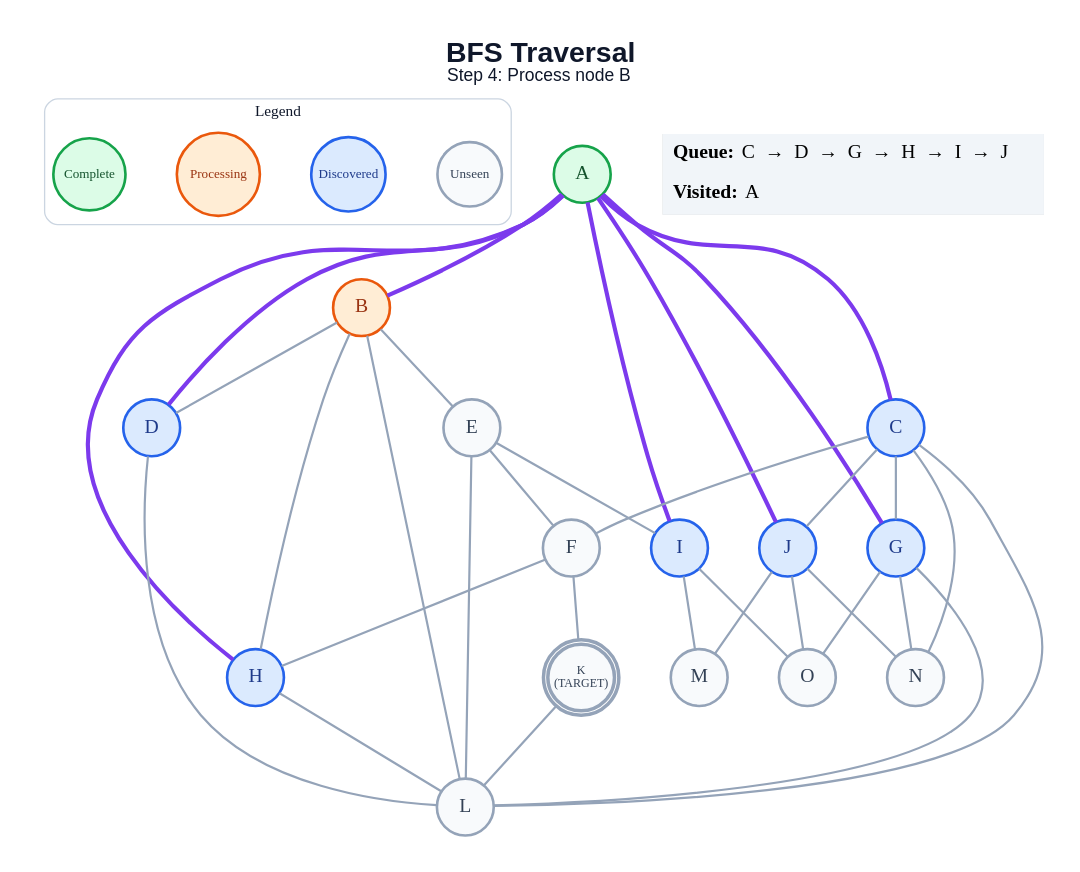
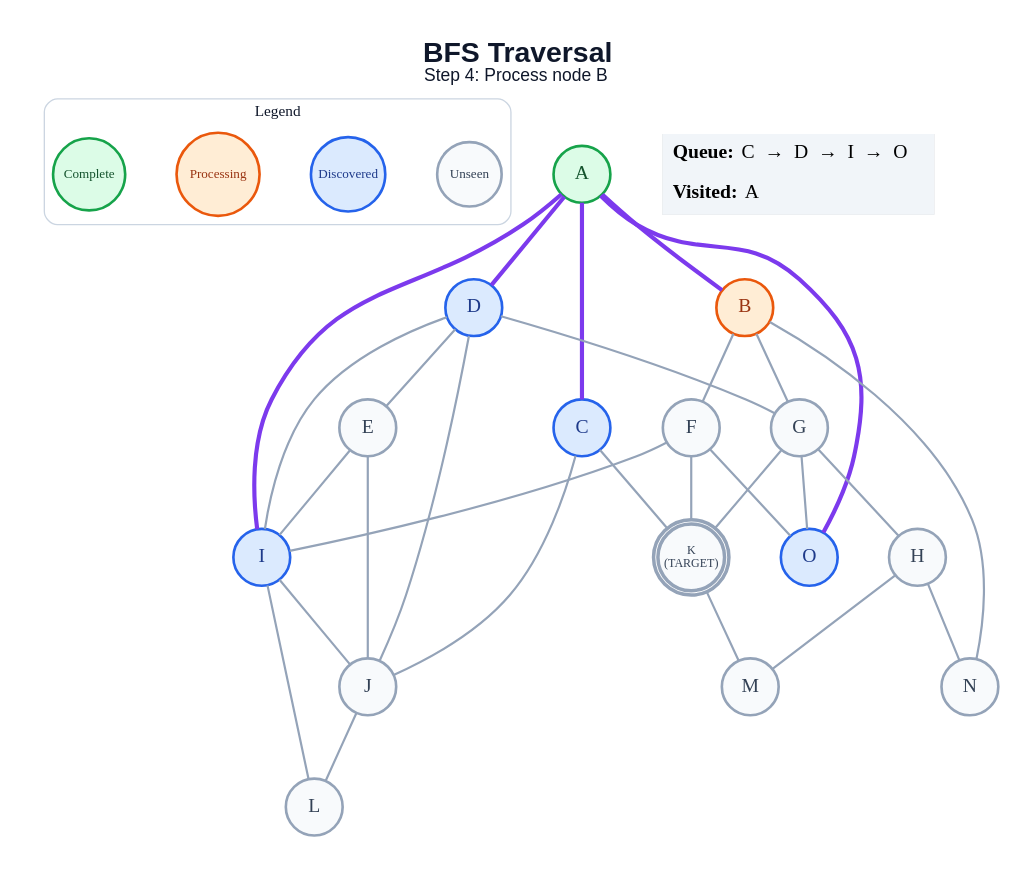
Before and after one commit to anon7238593-create/ai-slop: the diagram in generated/short-circuit/bfs/step_04.dot, drawn with Graphviz. The commit also changed 257 other files, not shown here.

```diff
--- a/generated/short-circuit/bfs/step_04.dot
+++ b/generated/short-circuit/bfs/step_04.dot
@@ -1,66 +1,62 @@
 graph traversal {
   graph [layout=dot, rankdir=TB, bgcolor="#FFFFFF", pad="0.35", nodesep="0.65", ranksep="0.8", fontname="Arial"];
   node [shape=circle, style="filled", fontname="Arial Bold", fontsize=18, width=0.72, fixedsize=true, penwidth=2.4];
   edge [color="#94A3B8", penwidth=2.0];
   label=<<B>BFS Traversal</B><BR/><FONT POINT-SIZE="16">Step 4: Process node B</FONT>>; labelloc="t"; fontsize=26; fontname="Arial"; fontcolor="#0F172A";
   subgraph cluster_legend { label="Legend"; color="#CBD5E1"; penwidth=1.2; style="rounded"; fontsize=14; fontname="Arial Bold";
     key_unseen [label="Unseen", fillcolor="#F8FAFC", color="#94A3B8", fontcolor="#334155", fontsize=12, width=0.82];
     key_frontier [label="Discovered", fillcolor="#DBEAFE", color="#2563EB", fontcolor="#1E3A8A", fontsize=12, width=0.95];
     key_current [label="Processing", fillcolor="#FFEDD5", color="#EA580C", fontcolor="#9A3412", fontsize=12, width=1.05];
     key_done [label="Complete", fillcolor="#DCFCE7", color="#16A34A", fontcolor="#14532D", fontsize=12, width=0.92];
     { rank=same; key_unseen; key_frontier; key_current; key_done; }
   }
   A [label="A", fillcolor="#DCFCE7", color="#16A34A", fontcolor="#14532D", peripheries=1, penwidth=2.4];
   B [label="B", fillcolor="#FFEDD5", color="#EA580C", fontcolor="#9A3412", peripheries=1, penwidth=2.4];
   C [label="C", fillcolor="#DBEAFE", color="#2563EB", fontcolor="#1E3A8A", peripheries=1, penwidth=2.4];
   D [label="D", fillcolor="#DBEAFE", color="#2563EB", fontcolor="#1E3A8A", peripheries=1, penwidth=2.4];
   E [label="E", fillcolor="#F8FAFC", color="#94A3B8", fontcolor="#334155", peripheries=1, penwidth=2.4];
   F [label="F", fillcolor="#F8FAFC", color="#94A3B8", fontcolor="#334155", peripheries=1, penwidth=2.4];
-  G [label="G", fillcolor="#DBEAFE", color="#2563EB", fontcolor="#1E3A8A", peripheries=1, penwidth=2.4];
-  H [label="H", fillcolor="#DBEAFE", color="#2563EB", fontcolor="#1E3A8A", peripheries=1, penwidth=2.4];
+  G [label="G", fillcolor="#F8FAFC", color="#94A3B8", fontcolor="#334155", peripheries=1, penwidth=2.4];
+  H [label="H", fillcolor="#F8FAFC", color="#94A3B8", fontcolor="#334155", peripheries=1, penwidth=2.4];
   I [label="I", fillcolor="#DBEAFE", color="#2563EB", fontcolor="#1E3A8A", peripheries=1, penwidth=2.4];
-  J [label="J", fillcolor="#DBEAFE", color="#2563EB", fontcolor="#1E3A8A", peripheries=1, penwidth=2.4];
+  J [label="J", fillcolor="#F8FAFC", color="#94A3B8", fontcolor="#334155", peripheries=1, penwidth=2.4];
   K [label="K\n(TARGET)", fillcolor="#F8FAFC", color="#94A3B8", fontcolor="#334155", peripheries=2, penwidth=3.2, fontsize=11, width=0.85, height=0.85];
   L [label="L", fillcolor="#F8FAFC", color="#94A3B8", fontcolor="#334155", peripheries=1, penwidth=2.4];
   M [label="M", fillcolor="#F8FAFC", color="#94A3B8", fontcolor="#334155", peripheries=1, penwidth=2.4];
   N [label="N", fillcolor="#F8FAFC", color="#94A3B8", fontcolor="#334155", peripheries=1, penwidth=2.4];
-  O [label="O", fillcolor="#F8FAFC", color="#94A3B8", fontcolor="#334155", peripheries=1, penwidth=2.4];
+  O [label="O", fillcolor="#DBEAFE", color="#2563EB", fontcolor="#1E3A8A", peripheries=1, penwidth=2.4];
   A -- B [color="#7C3AED", penwidth=3.8];
   A -- C [color="#7C3AED", penwidth=3.8];
   A -- D [color="#7C3AED", penwidth=3.8];
-  A -- G [color="#7C3AED", penwidth=3.8];
-  A -- H [color="#7C3AED", penwidth=3.8];
   A -- I [color="#7C3AED", penwidth=3.8];
-  A -- J [color="#7C3AED", penwidth=3.8];
-  B -- D;
-  B -- E;
-  B -- H;
-  B -- L;
-  C -- F;
-  C -- G;
+  A -- O [color="#7C3AED", penwidth=3.8];
+  B -- F;
+  B -- G;
+  B -- N;
   C -- J;
-  C -- L;
-  C -- N;
-  D -- L;
-  E -- F;
+  C -- K;
+  D -- E;
+  D -- G;
+  D -- I;
+  D -- J;
   E -- I;
-  E -- L;
-  F -- H;
+  E -- J;
+  F -- I;
   F -- K;
-  G -- L;
-  G -- N;
+  F -- O;
+  G -- H;
+  G -- K;
   G -- O;
-  H -- L;
-  I -- M;
-  I -- O;
-  J -- M;
-  J -- N;
-  J -- O;
-  K -- L;
+  H -- M;
+  H -- N;
+  I -- J;
+  I -- L;
+  J -- L;
+  K -- M;
   status [shape=plain, fixedsize=false, width=0, height=0, margin=0, label=<
     <TABLE BORDER="0" CELLBORDER="0" CELLPADDING="7" BGCOLOR="#F1F5F9">
-      <TR><TD ALIGN="LEFT"><B>Queue:</B> C  →  D  →  G  →  H  →  I  →  J</TD></TR>
+      <TR><TD ALIGN="LEFT"><B>Queue:</B> C  →  D  →  I  →  O</TD></TR>
       <TR><TD ALIGN="LEFT"><B>Visited:</B> A</TD></TR>
     </TABLE>
   >];
 }
```
